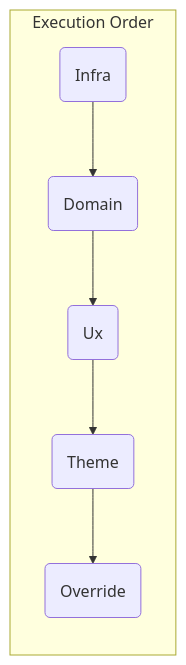
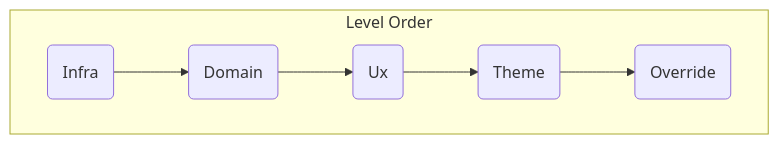
The second of 2 diagrams in docs/recipes/monolith.md (mouseless/baked), drawn with Mermaid before and after one commit. The commit also changed 1 other file, not shown here.

Commit message:
review changes
- add override level to data source
- change graph directions

````diff
--- a/docs/recipes/monolith.md
+++ b/docs/recipes/monolith.md
@@ -142,16 +142,16 @@
 ```mermaid
 flowchart
   I(Infra)
   D(Domain)
   UX(Ux)
   T(Theme)
   O(Override)
 
-  subgraph Execution Order
-    direction TB
+  subgraph Level Order
+    direction LR
     I --> D
     D --> UX
     UX --> T
     T --> O
   end
 ```
````
